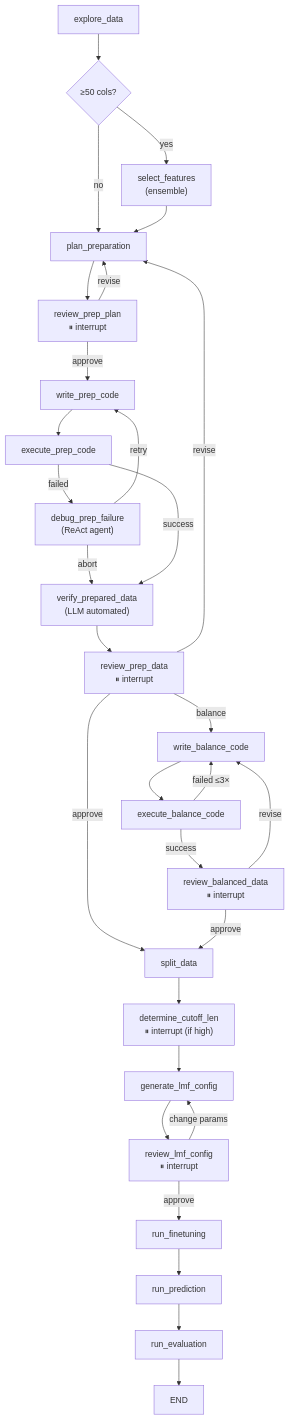
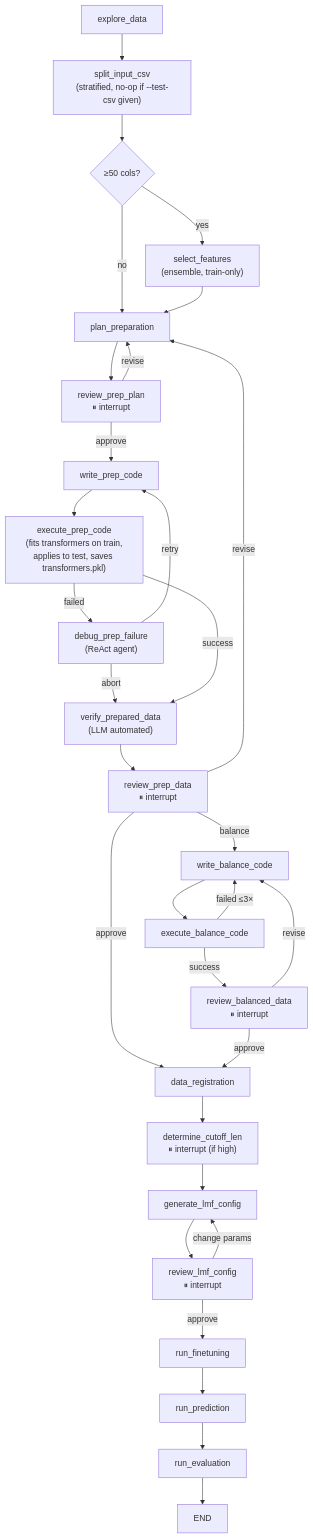
One commit to Qingtian-Zou/auto-llm-predictor changed the diagram in README.md. Above: the diagram before and after it, drawn with Mermaid. The commit also changed other lines of this file and 21 other files, not shown here.

````diff
--- a/README.md
+++ b/README.md
@@ -24,32 +24,33 @@
 ```mermaid
 graph TD
-    A["explore_data"] --> B{"≥50 cols?"}
-    B -->|yes| FS["select_features<br/>(ensemble)"]
+    A["explore_data"] --> SI["split_input_csv<br/>(stratified, no-op if --test-csv given)"]
+    SI --> B{"≥50 cols?"}
+    B -->|yes| FS["select_features<br/>(ensemble, train-only)"]
     B -->|no| C["plan_preparation"]
     FS --> C
     C --> RP["review_prep_plan<br/>⏸ interrupt"]
     RP -->|approve| D["write_prep_code"]
     RP -->|revise| C
-    D --> E["execute_prep_code"]
+    D --> E["execute_prep_code<br/>(fits transformers on train,<br/>applies to test, saves transformers.pkl)"]
     E -->|failed| DBG["debug_prep_failure<br/>(ReAct agent)"]
     DBG -->|retry| D
     DBG -->|abort| V
     E -->|success| V["verify_prepared_data<br/>(LLM automated)"]
     V --> R1["review_prep_data<br/>⏸ interrupt"]
-    R1 -->|approve| S["split_data"]
+    R1 -->|approve| S["data_registration"]
     R1 -->|balance| WB["write_balance_code"]
     R1 -->|revise| C
     WB --> EB["execute_balance_code"]
     EB -->|failed ≤3×| WB
     EB -->|success| RB["review_balanced_data<br/>⏸ interrupt"]
     RB -->|approve| S
     RB -->|revise| WB
     S --> CL["determine_cutoff_len<br/>⏸ interrupt (if high)"]
     CL --> F["generate_lmf_config"]
     F --> R2["review_lmf_config<br/>⏸ interrupt"]
     R2 -->|approve| G["run_finetuning"]
     R2 -->|change params| F
     G --> H["run_prediction"]
     H --> I["run_evaluation"]
     I --> DONE["END"]
 ```
````
